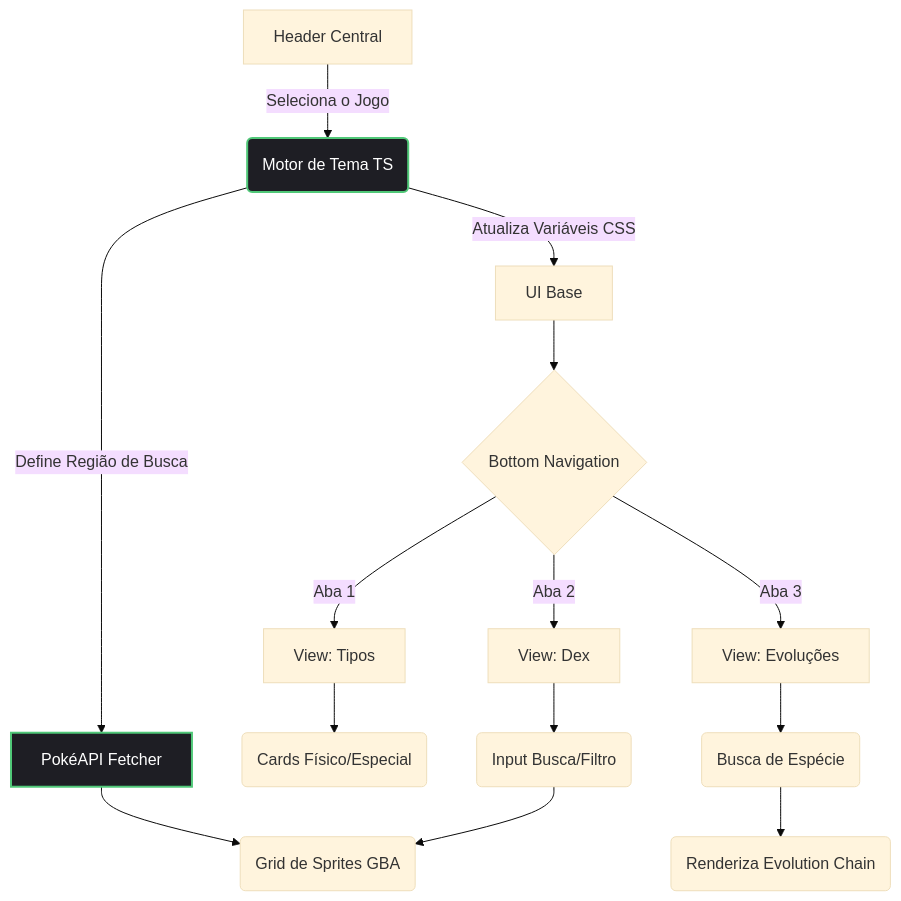
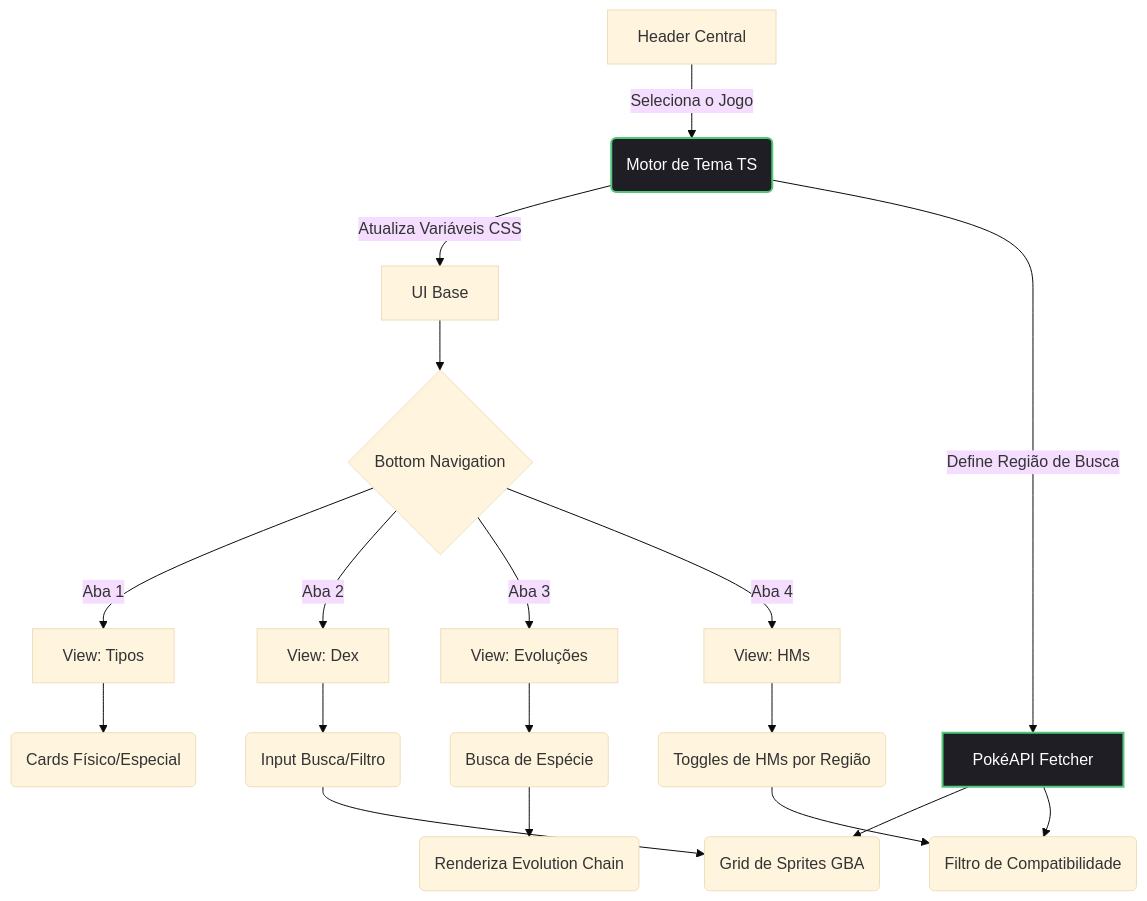
Before and after one commit to reesoousa/gen3.kit: the diagram in README.md, drawn with Mermaid (base theme).

Commit message:
atualização do mermaid

````diff
--- a/README.md
+++ b/README.md
@@ -27,24 +27,29 @@
 ```mermaid
 graph TD
     A[Header Central] -->|Seleciona o Jogo| B(Motor de Tema TS)
     B -->|Atualiza Variáveis CSS| C[UI Base]
     B -->|Define Região de Busca| D[PokéAPI Fetcher]
     
     C --> E{Bottom Navigation}
     
     E -->|Aba 1| F[View: Tipos]
     F --> F1(Cards Físico/Especial)
     
     E -->|Aba 2| G[View: Dex]
     G --> G1(Input Busca/Filtro)
     G1 --> G2(Grid de Sprites GBA)
     D --> G2
     
     E -->|Aba 3| H[View: Evoluções]
     H --> H1(Busca de Espécie)
     H1 --> H2(Renderiza Evolution Chain)
+
+    E -->|Aba 4| I[View: HMs]
+    I --> I1(Toggles de HMs por Região)
+    I1 --> I2(Filtro de Compatibilidade)
+    D --> I2
     
     classDef highlight fill:#1e1e24,stroke:#50C878,stroke-width:2px,color:#fff;
     class B,D highlight;
 
 ```
````
